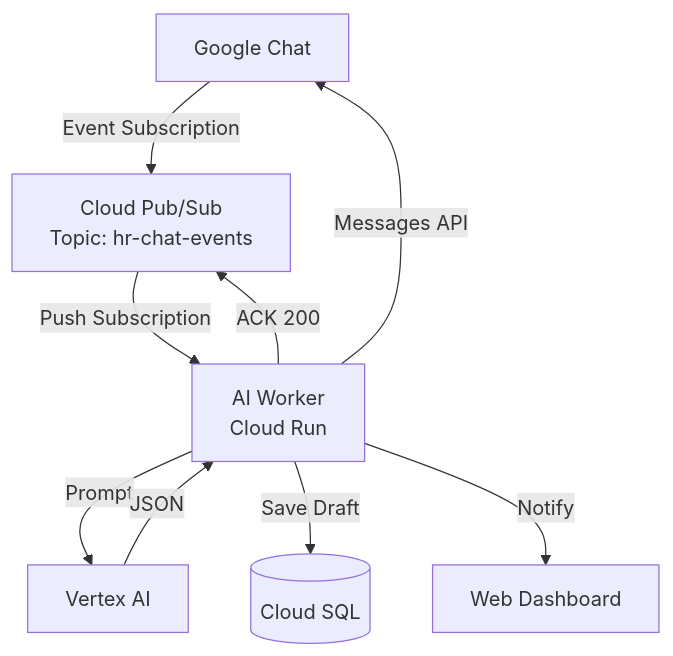
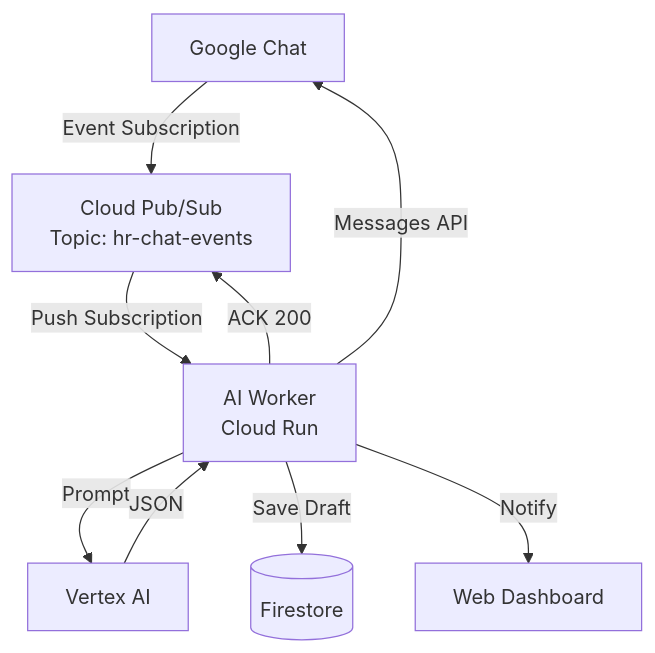
The second of 3 diagrams in docs/adr/ADR-004-chat-integration.md (yasushihonda-acg/hr-system), drawn with Mermaid before and after one commit. The commit also changed other lines of this file and 22 other files, not shown here.

First line of the commit message:
feat: migrate database from Cloud SQL to Firestore + BigQuery (#2)

````diff
--- a/docs/adr/ADR-004-chat-integration.md
+++ b/docs/adr/ADR-004-chat-integration.md
@@ -66,11 +66,11 @@
 ```mermaid
 graph TD
     GChat[Google Chat] -->|Event Subscription| PubSub[Cloud Pub/Sub<br/>Topic: hr-chat-events]
     PubSub -->|Push Subscription| CloudRun[AI Worker<br/>Cloud Run]
     CloudRun -->|ACK 200| PubSub
     CloudRun -->|Messages API| GChat
     CloudRun -->|Prompt| VertexAI[Vertex AI]
     VertexAI -->|JSON| CloudRun
-    CloudRun -->|Save Draft| DB[(Cloud SQL)]
+    CloudRun -->|Save Draft| DB[(Firestore)]
     CloudRun -->|Notify| Dashboard[Web Dashboard]
 ```
````
